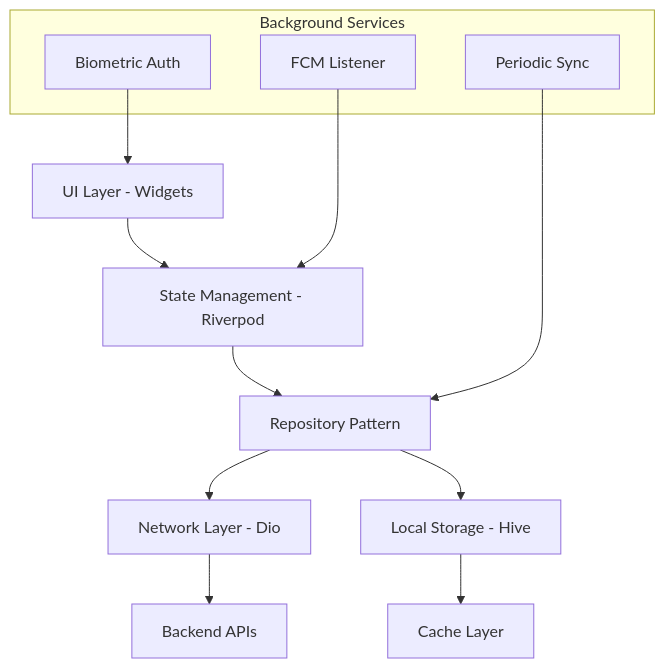
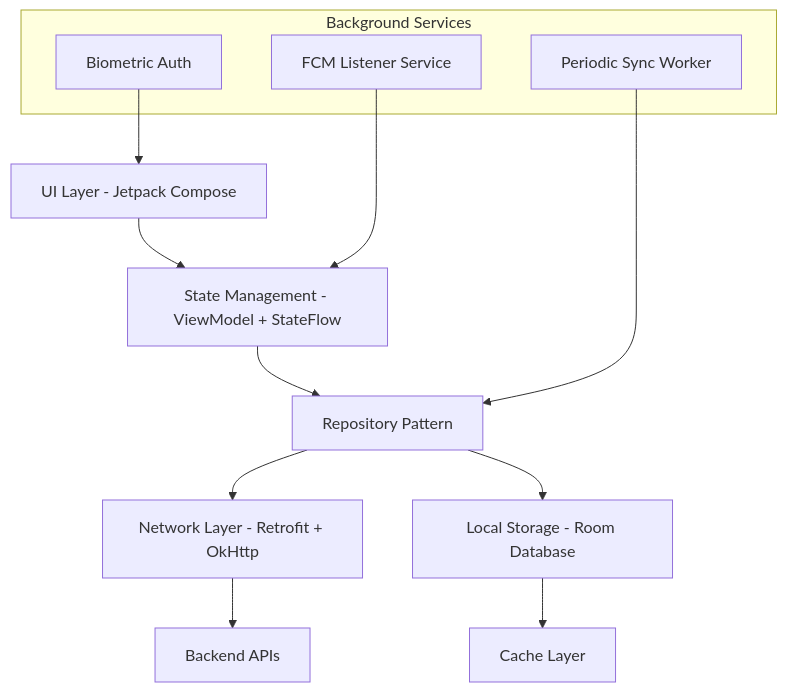
The diagram in docs/MOBILE_APP_SPEC.md (MuhammadSuryono/ppob), drawn with Mermaid before and after one commit. The commit also changed other lines of this file and 305 other files, not shown here.

````diff
--- a/docs/MOBILE_APP_SPEC.md
+++ b/docs/MOBILE_APP_SPEC.md
@@ -19,19 +19,19 @@
 ```mermaid
 graph TB
-    UI[UI Layer - Widgets] --> RM[State Management - Riverpod]
-    RM --> Repository[Repository Pattern]
-    Repository --> Dio[Network Layer - Dio]
-    Repository --> Hive[Local Storage - Hive]
-    Dio --> API[Backend APIs]
-    Hive --> Cache[Cache Layer]
+    UI[UI Layer - Jetpack Compose] --> VM[State Management - ViewModel + StateFlow]
+    VM --> Repository[Repository Pattern]
+    Repository --> Network[Network Layer - Retrofit + OkHttp]
+    Repository --> DB[Local Storage - Room Database]
+    Network --> API[Backend APIs]
+    DB --> Cache[Cache Layer]
     
     subgraph "Background Services"
-        BG1[FCM Listener]
-        BG2[Periodic Sync]
+        BG1[FCM Listener Service]
+        BG2[Periodic Sync Worker]
         BG3[Biometric Auth]
     end
     
-    BG1 --> RM
+    BG1 --> VM
     BG2 --> Repository
     BG3 --> UI
 ```
````
